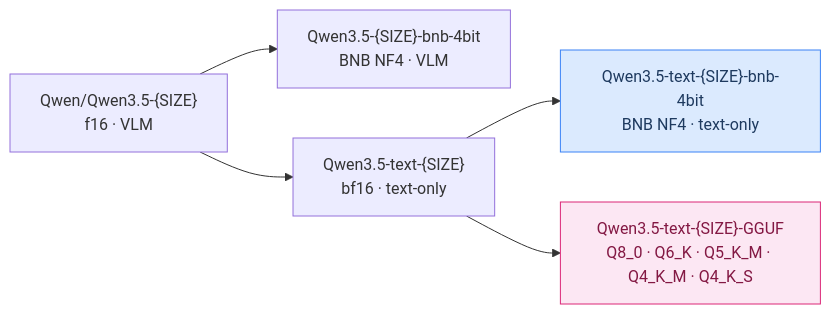
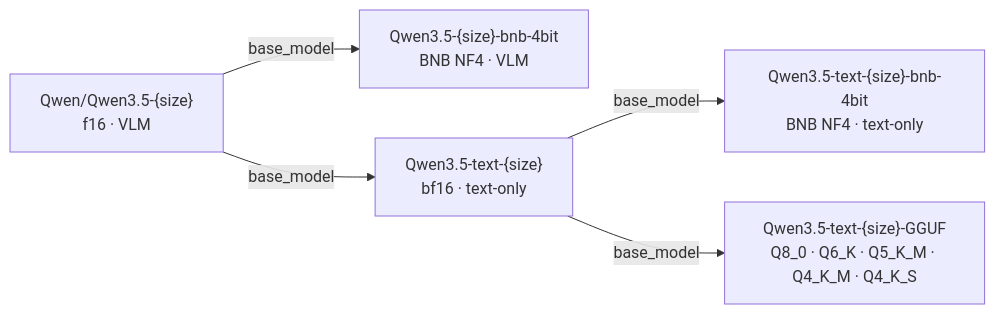
One commit to techwithsergiu/qwen35-toolkit changed the first of 2 diagrams in model_cards/README_Qwen3.5-text-bnb-4bit.md. Above: the diagram before and after it, drawn with Mermaid. The commit also changed other lines of this file and 3 other files, not shown here.

````diff
--- a/model_cards/README_Qwen3.5-text-bnb-4bit.md
+++ b/model_cards/README_Qwen3.5-text-bnb-4bit.md
@@ -33,9 +33,13 @@
 ```mermaid
 graph LR
-    A["Qwen/Qwen3.5-{SIZE}<br/>f16 · VLM"] --> B["Qwen3.5-{SIZE}-bnb-4bit<br/>BNB NF4 · VLM"]
-    A --> C["Qwen3.5-text-{SIZE}<br/>bf16 · text-only"]
-    C --> D["Qwen3.5-text-{SIZE}-bnb-4bit<br/>BNB NF4 · text-only"]
-    C --> E["Qwen3.5-text-{SIZE}-GGUF<br/>Q8_0 · Q6_K · Q5_K_M · Q4_K_M · Q4_K_S"]
-    style D fill:#dbeafe,stroke:#3b82f6,color:#1e3a5f
-    style E fill:#fce7f3,stroke:#db2777,color:#831843
+    SRC["Qwen/Qwen3.5-{size}<br/>f16 · VLM"]
+    BNBVLM["Qwen3.5-{size}-bnb-4bit<br/>BNB NF4 · VLM"]
+    TEXTF16["Qwen3.5-text-{size}<br/>bf16 · text-only"]
+    TEXTBNB["Qwen3.5-text-{size}-bnb-4bit<br/>BNB NF4 · text-only"]
+    GGUF["Qwen3.5-text-{size}-GGUF<br/>Q8_0 · Q6_K · Q5_K_M · Q4_K_M · Q4_K_S"]
+
+    SRC -->|"base_model"| BNBVLM
+    SRC -->|"base_model"| TEXTF16
+    TEXTF16 -->|"base_model"| TEXTBNB
+    TEXTF16 -->|"base_model"| GGUF
 ```
````
